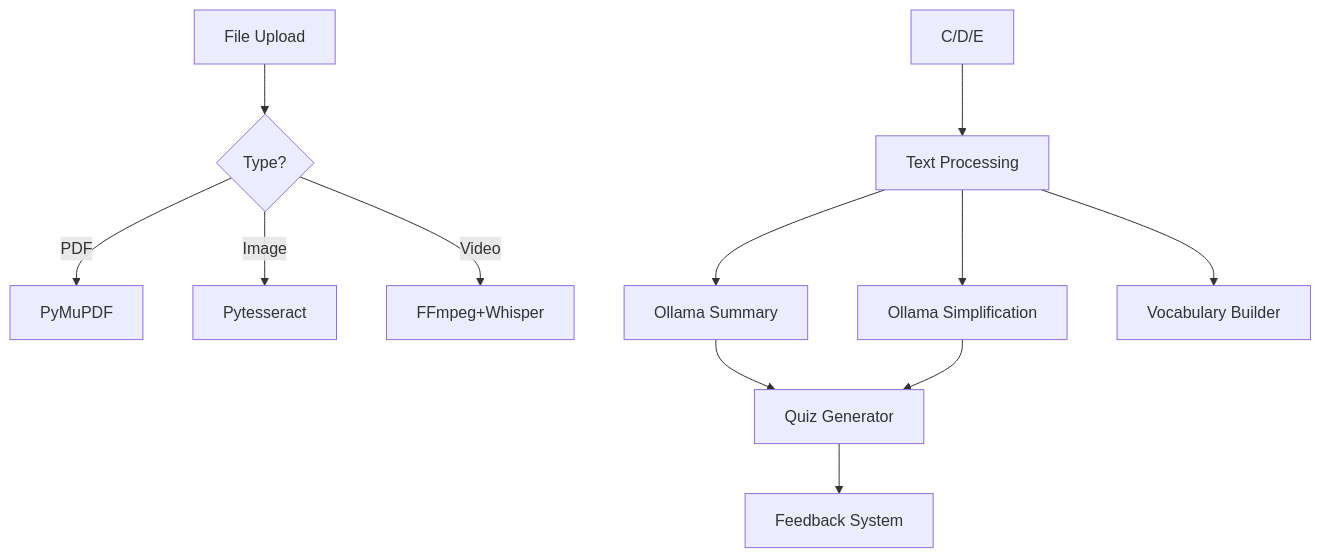
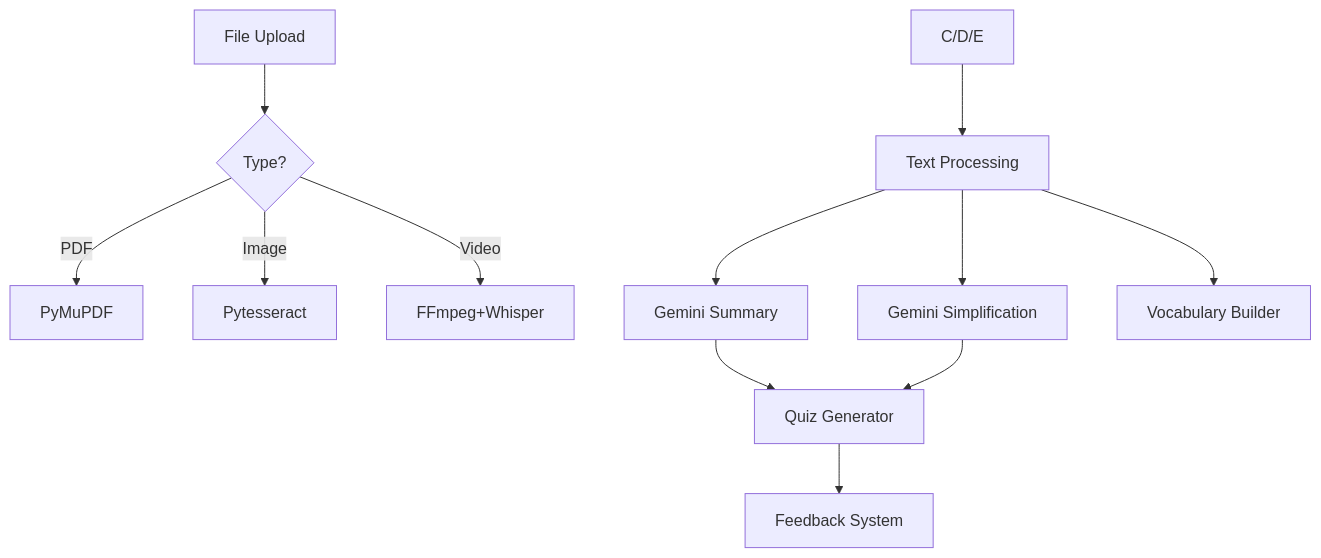
Before and after one commit to TameriTech/Study-Ai-Backend-: the diagram in TODO.md, drawn with Mermaid. The commit also changed other lines of this file and 57 other files, not shown here.

````diff
--- a/TODO.md
+++ b/TODO.md
@@ -76,14 +76,14 @@
 ```mermaid
 graph TD
     A[File Upload] --> B{Type?}
     B -->|PDF| C[PyMuPDF]
     B -->|Image| D[Pytesseract]
     B -->|Video| E[FFmpeg+Whisper]
     C/D/E --> F[Text Processing]
-    F --> G[Ollama Summary]
-    F --> H[Ollama Simplification]
+    F --> G[Gemini Summary]
+    F --> H[Gemini Simplification]
     G --> I[Quiz Generator]
     H --> I
     F --> J[Vocabulary Builder]
     I --> K[Feedback System]
 ```
````
